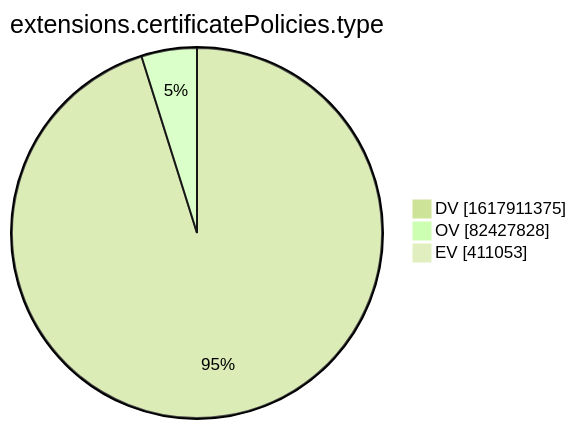
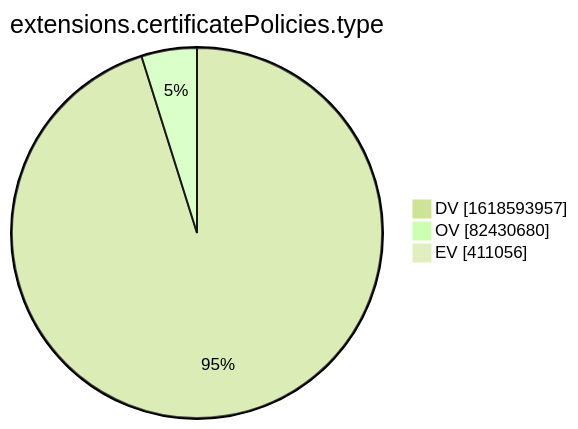
The tenth of 15 diagrams in xenon2022/README.md (christiankrug/ctmonitor_visualization), drawn with Mermaid (forest theme) before and after one commit. The commit also changed other lines of this file, not shown here.

````diff
--- a/xenon2022/README.md
+++ b/xenon2022/README.md
@@ -2878,7 +2878,7 @@
 ```mermaid
 pie showData
 title extensions.certificatePolicies.type
-"DV" :1617911375
-"OV" :82427828
-"EV" :411053
+"DV" :1618593957
+"OV" :82430680
+"EV" :411056
 ```
````
